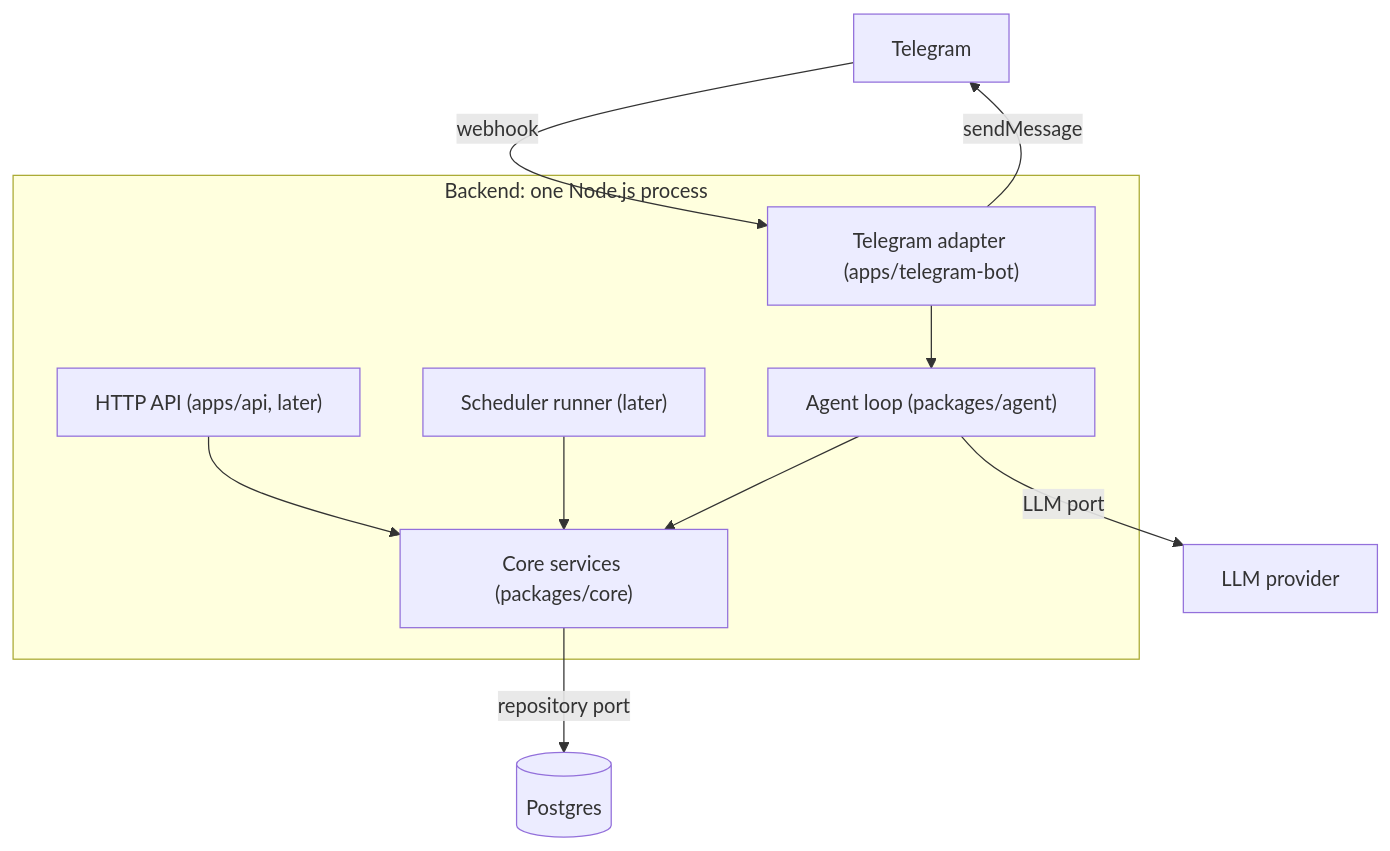
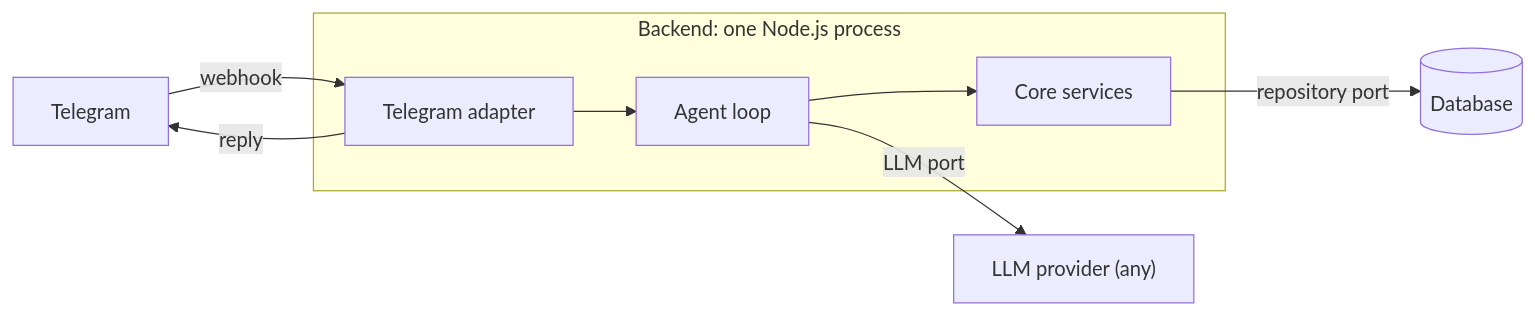
The second of 4 diagrams in ARCHITECTURE.md (guidugaich/ai-travel-agent), drawn with Mermaid before and after one commit. The commit also changed other lines of this file and 24 other files, not shown here.

````diff
--- a/ARCHITECTURE.md
+++ b/ARCHITECTURE.md
@@ -50,23 +76,19 @@
 ```mermaid
-flowchart TB
+flowchart LR
   telegram["Telegram"]
-  llm["LLM provider"]
-  db[("Postgres")]
+  llm["LLM provider (any)"]
+  db[("Database")]
 
   subgraph proc ["Backend: one Node.js process"]
-    bot["Telegram adapter (apps/telegram-bot)"]
-    api["HTTP API (apps/api, later)"]
-    sched["Scheduler runner (later)"]
-    agent["Agent loop (packages/agent)"]
-    core["Core services (packages/core)"]
+    bot["Telegram adapter"]
+    agent["Agent loop"]
+    core["Core services"]
   end
 
   telegram -- "webhook" --> bot
-  bot -- "sendMessage" --> telegram
+  bot -- "reply" --> telegram
   bot --> agent
   agent --> core
-  api --> core
-  sched --> core
   agent -- "LLM port" --> llm
   core -- "repository port" --> db
 ```
````
